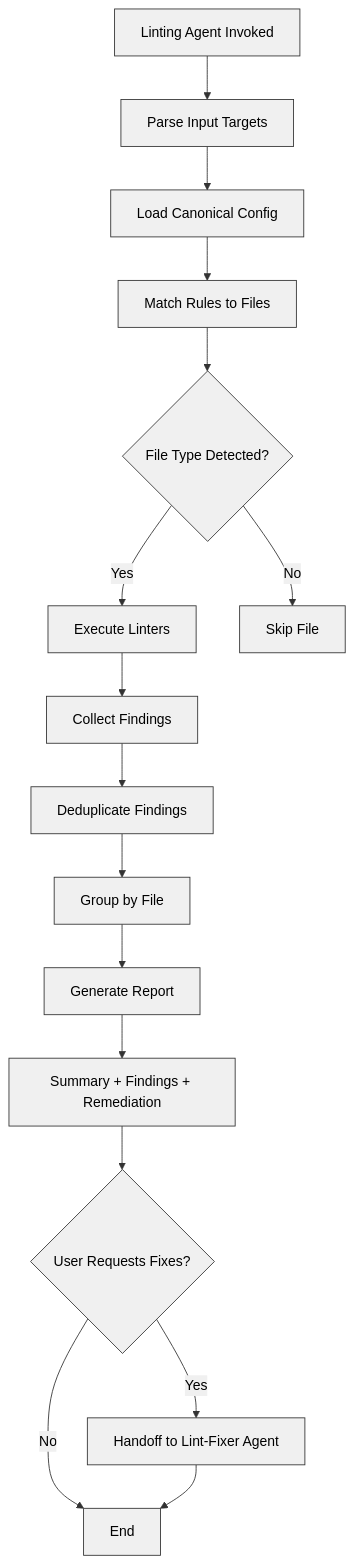
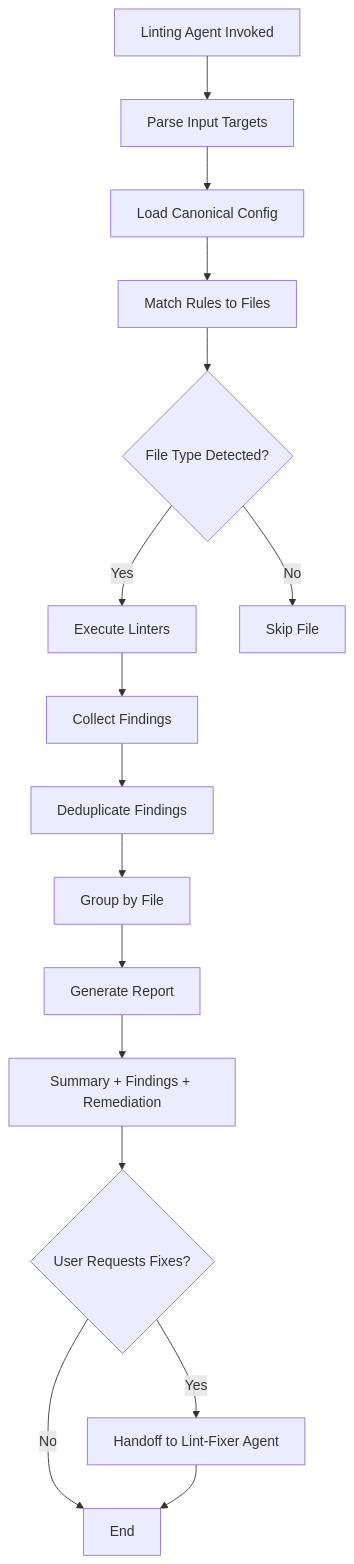
One commit to lightspeedwp/.github changed the first of 3 diagrams in .github/projects/active/linting-agent-2026-08-12/SPECIFICATION.md. Above: the diagram before and after it, drawn with Mermaid. The commit also changed other lines of this file, not shown here.

Commit message:
fix: Simplify Mermaid diagrams for validation compatibility
- Remove theme initialization configs that may cause validation issues
- Use simple quote syntax for node labels
- Keep diagram structure and readability intact
- Should resolve Mermaid diagram validation failures

````diff
--- a/.github/projects/active/linting-agent-2026-08-12/SPECIFICATION.md
+++ b/.github/projects/active/linting-agent-2026-08-12/SPECIFICATION.md
@@ -59,19 +59,18 @@
 ```mermaid
-%%{init: {'flowchart': {'htmlLabels': true}, 'theme': 'base', 'themeVariables': { 'primaryColor':'#f0f0f0', 'primaryTextColor':'#000000', 'primaryBorderColor':'#333333', 'lineColor':'#333333', 'secondBkgColor':'#f0f0f0', 'secondTextColor':'#000000', 'tertiaryColor':'#ffffff', 'tertiaryTextColor':'#000000', 'tertiaryBorderColor':'#333333'}}}%%
 graph TD
-    A[Linting Agent Invoked] --> B[Parse Input Targets]
-    B --> C[Load Canonical Config]
-    C --> D[Match Rules to Files]
-    D --> E{File Type Detected?}
-    E -->|Yes| F[Execute Linters]
-    E -->|No| G[Skip File]
-    F --> H[Collect Findings]
-    H --> I[Deduplicate Findings]
-    I --> J[Group by File]
-    J --> K[Generate Report]
-    K --> L[Summary + Findings + Remediation]
-    L --> M{User Requests Fixes?}
-    M -->|Yes| N[Handoff to Lint-Fixer Agent]
-    M -->|No| O[End]
+    A["Linting Agent Invoked"] --> B["Parse Input Targets"]
+    B --> C["Load Canonical Config"]
+    C --> D["Match Rules to Files"]
+    D --> E{"File Type Detected?"}
+    E -->|Yes| F["Execute Linters"]
+    E -->|No| G["Skip File"]
+    F --> H["Collect Findings"]
+    H --> I["Deduplicate Findings"]
+    I --> J["Group by File"]
+    J --> K["Generate Report"]
+    K --> L["Summary + Findings + Remediation"]
+    L --> M{"User Requests Fixes?"}
+    M -->|Yes| N["Handoff to Lint-Fixer Agent"]
+    M -->|No| O["End"]
     N --> O
 ```
````
